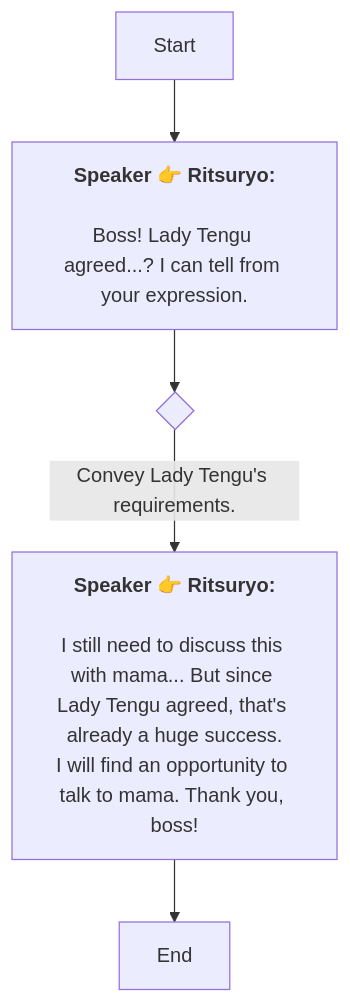
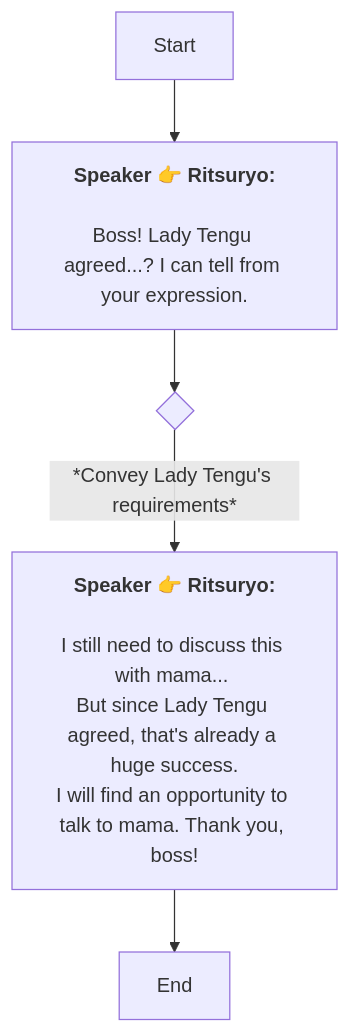
Before and after one commit to SoftHu/tos_avg: the diagram in En/QuestTalkObjectiveNode_1758367008380588.md, drawn with Mermaid. The commit also changed 312 other files, not shown here.

````diff
--- a/En/QuestTalkObjectiveNode_1758367008380588.md
+++ b/En/QuestTalkObjectiveNode_1758367008380588.md
@@ -1,13 +1,14 @@
 ```mermaid
 graph
 Start -->1758367218922159[<b>Speaker 👉 Ritsuryo:</b>
 
 Boss! Lady Tengu agreed...? I can tell from your expression.]
 1758367218922159 -->1758367237911216{ }
-1758367237911216 -->|Convey Lady Tengu's requirements.|1758367257281203[<b>Speaker 👉 Ritsuryo:</b>
+1758367237911216 -->|*Convey Lady Tengu's requirements*|1758367257281203[<b>Speaker 👉 Ritsuryo:</b>
 
-I still need to discuss this with mama... But since Lady Tengu agreed, that's already a huge success.
+I still need to discuss this with mama... 
+But since Lady Tengu agreed, that's already a huge success.
 I will find an opportunity to talk to mama. Thank you, boss!]
 1758367257281203 -->1758367297307316[End]
 
  ```
````
